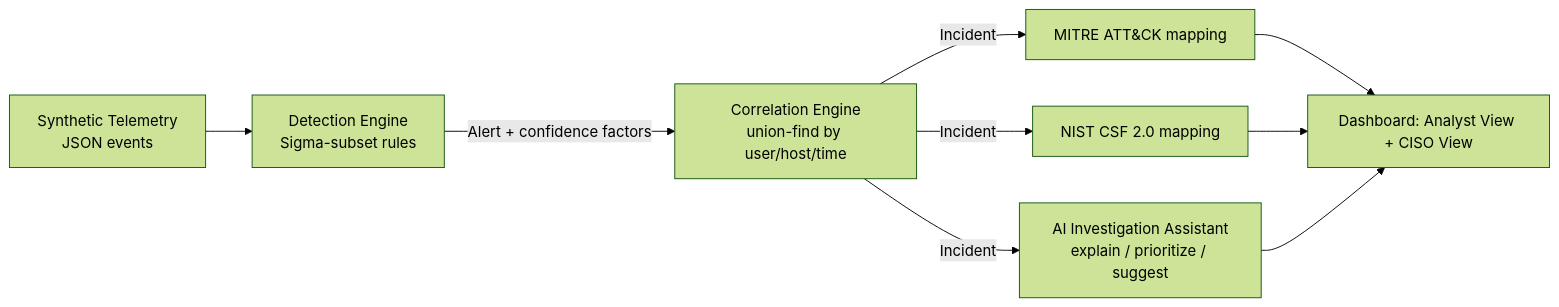
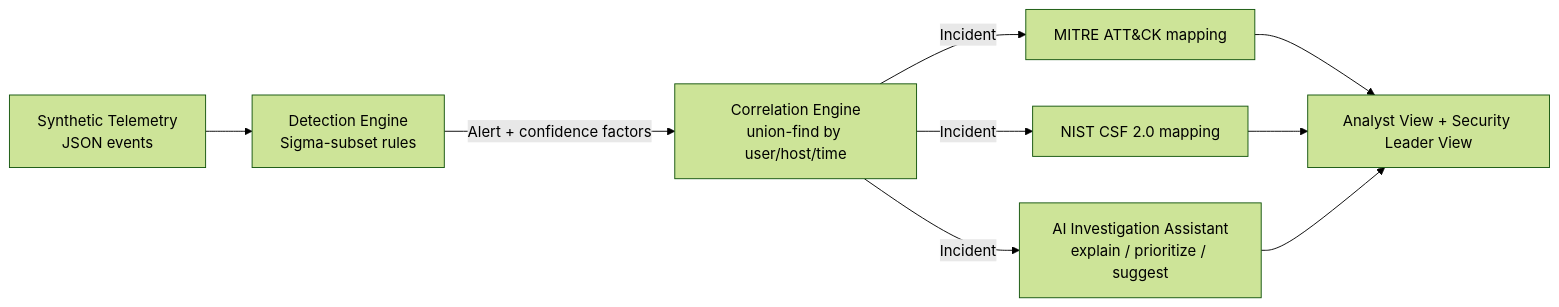
One commit to AaronMontano99/soc-navigator changed the diagram in README.md. Above: the diagram before and after it, drawn with Mermaid (forest theme). The commit also changed other lines of this file and 18 other files, not shown here.

````diff
--- a/README.md
+++ b/README.md
@@ -43,11 +58,11 @@
 ```mermaid
 flowchart LR
     T[Synthetic Telemetry\nJSON events] --> D[Detection Engine\nSigma-subset rules]
     D -->|Alert + confidence factors| C[Correlation Engine\nunion-find by user/host/time]
     C -->|Incident| M1[MITRE ATT&CK mapping]
     C -->|Incident| M2[NIST CSF 2.0 mapping]
     C -->|Incident| A[AI Investigation Assistant\nexplain / prioritize / suggest]
-    M1 --> UI[Dashboard: Analyst View + CISO View]
+    M1 --> UI[Analyst View + Security Leader View]
     M2 --> UI
     A --> UI
 ```
````
